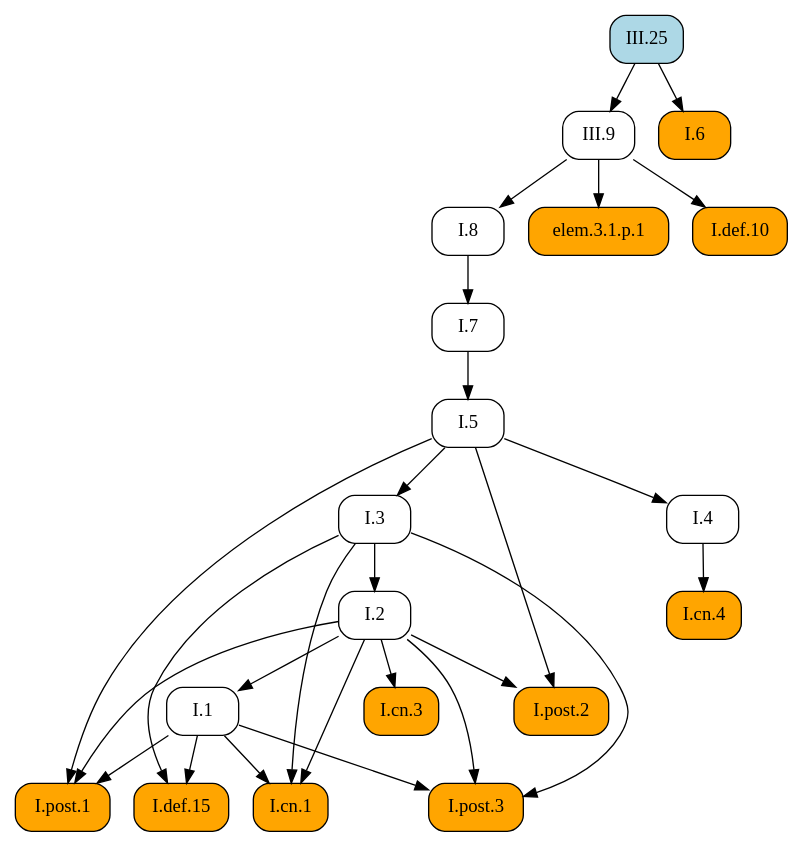
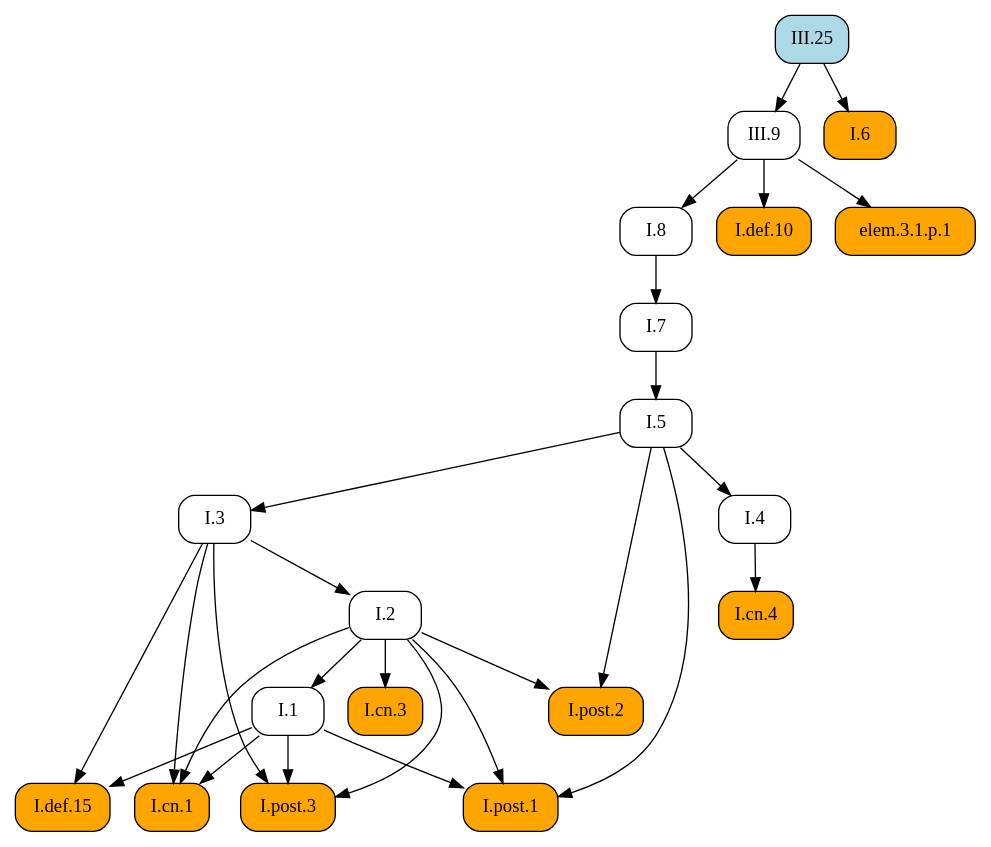
The diagram in docsrc/elements2/III/25/index.rst (geometor/elements), drawn with Graphviz before and after one commit. The commit also changed other lines of this file and 409 other files, not shown here.

First line of the commit message:
feat: Add image cropping and graphic extraction script

```diff
--- a/docsrc/elements2/III/25/index.rst
+++ b/docsrc/elements2/III/25/index.rst
@@ -93,51 +93,51 @@
 .. graphviz::
 
    digraph {
      rankdir="TB";
      node [shape=box, style=rounded];
+     "I.def.15" [style="rounded,filled", fillcolor=orange, URL="/elements2/I/def.15/", target="_top"];
+     "I.def.10" [style="rounded,filled", fillcolor=orange, URL="/elements2/I/def.10/", target="_top"];
      "I.8" [URL="/elements2/I/8/", target="_top"];
+     "I.5" [URL="/elements2/I/5/", target="_top"];
+     "I.3" [URL="/elements2/I/3/", target="_top"];
+     "I.cn.3" [style="rounded,filled", fillcolor=orange, URL="/elements2/I/cn.3/", target="_top"];
+     "I.cn.1" [style="rounded,filled", fillcolor=orange, URL="/elements2/I/cn.1/", target="_top"];
+     "I.post.3" [style="rounded,filled", fillcolor=orange, URL="/elements2/I/post.3/", target="_top"];
+     "I.4" [URL="/elements2/I/4/", target="_top"];
+     "I.7" [URL="/elements2/I/7/", target="_top"];
+     "III.25" [style="rounded,filled", fillcolor=lightblue, URL="/elements2/III/25/", target="_top"];
+     "elem.3.1.p.1" [style="rounded,filled", fillcolor=orange];
+     "III.9" [URL="/elements2/III/9/", target="_top"];
+     "I.post.1" [style="rounded,filled", fillcolor=orange, URL="/elements2/I/post.1/", target="_top"];
+     "I.2" [URL="/elements2/I/2/", target="_top"];
+     "I.cn.4" [style="rounded,filled", fillcolor=orange, URL="/elements2/I/cn.4/", target="_top"];
      "I.1" [URL="/elements2/I/1/", target="_top"];
-     "I.cn.4" [style="rounded,filled", fillcolor=orange, URL="/elements2/I/cn.4/", target="_top"];
-     "I.cn.3" [style="rounded,filled", fillcolor=orange, URL="/elements2/I/cn.3/", target="_top"];
-     "I.7" [URL="/elements2/I/7/", target="_top"];
-     "I.post.1" [style="rounded,filled", fillcolor=orange, URL="/elements2/I/post.1/", target="_top"];
-     "elem.3.1.p.1" [style="rounded,filled", fillcolor=orange];
-     "I.5" [URL="/elements2/I/5/", target="_top"];
-     "I.cn.1" [style="rounded,filled", fillcolor=orange, URL="/elements2/I/cn.1/", target="_top"];
-     "I.def.10" [style="rounded,filled", fillcolor=orange, URL="/elements2/I/def.10/", target="_top"];
-     "I.2" [URL="/elements2/I/2/", target="_top"];
-     "I.def.15" [style="rounded,filled", fillcolor=orange, URL="/elements2/I/def.15/", target="_top"];
-     "I.4" [URL="/elements2/I/4/", target="_top"];
-     "I.3" [URL="/elements2/I/3/", target="_top"];
+     "I.6" [style="rounded,filled", fillcolor=orange, URL="/elements2/I/6/", target="_top"];
      "I.post.2" [style="rounded,filled", fillcolor=orange, URL="/elements2/I/post.2/", target="_top"];
-     "I.6" [style="rounded,filled", fillcolor=orange, URL="/elements2/I/6/", target="_top"];
-     "III.25" [style="rounded,filled", fillcolor=lightblue, URL="/elements2/III/25/", target="_top"];
-     "III.9" [URL="/elements2/III/9/", target="_top"];
-     "I.post.3" [style="rounded,filled", fillcolor=orange, URL="/elements2/I/post.3/", target="_top"];
+     "I.1" -> "I.def.15";
+     "I.3" -> "I.def.15";
+     "III.9" -> "I.def.10";
      "III.9" -> "I.8";
-     "I.2" -> "I.1";
-     "I.4" -> "I.cn.4";
+     "I.7" -> "I.5";
+     "I.5" -> "I.3";
      "I.2" -> "I.cn.3";
+     "I.1" -> "I.cn.1";
+     "I.2" -> "I.cn.1";
+     "I.3" -> "I.cn.1";
+     "I.1" -> "I.post.3";
+     "I.2" -> "I.post.3";
+     "I.3" -> "I.post.3";
+     "I.5" -> "I.4";
      "I.8" -> "I.7";
+     "III.9" -> "elem.3.1.p.1";
+     "III.25" -> "III.9";
      "I.1" -> "I.post.1";
      "I.2" -> "I.post.1";
      "I.5" -> "I.post.1";
-     "III.9" -> "elem.3.1.p.1";
-     "I.7" -> "I.5";
-     "I.1" -> "I.cn.1";
-     "I.2" -> "I.cn.1";
-     "I.3" -> "I.cn.1";
-     "III.9" -> "I.def.10";
      "I.3" -> "I.2";
-     "I.1" -> "I.def.15";
-     "I.3" -> "I.def.15";
-     "I.5" -> "I.4";
-     "I.5" -> "I.3";
+     "I.4" -> "I.cn.4";
+     "I.2" -> "I.1";
+     "III.25" -> "I.6";
      "I.2" -> "I.post.2";
      "I.5" -> "I.post.2";
-     "III.25" -> "I.6";
-     "III.25" -> "III.9";
-     "I.1" -> "I.post.3";
-     "I.2" -> "I.post.3";
-     "I.3" -> "I.post.3";
    }
```
